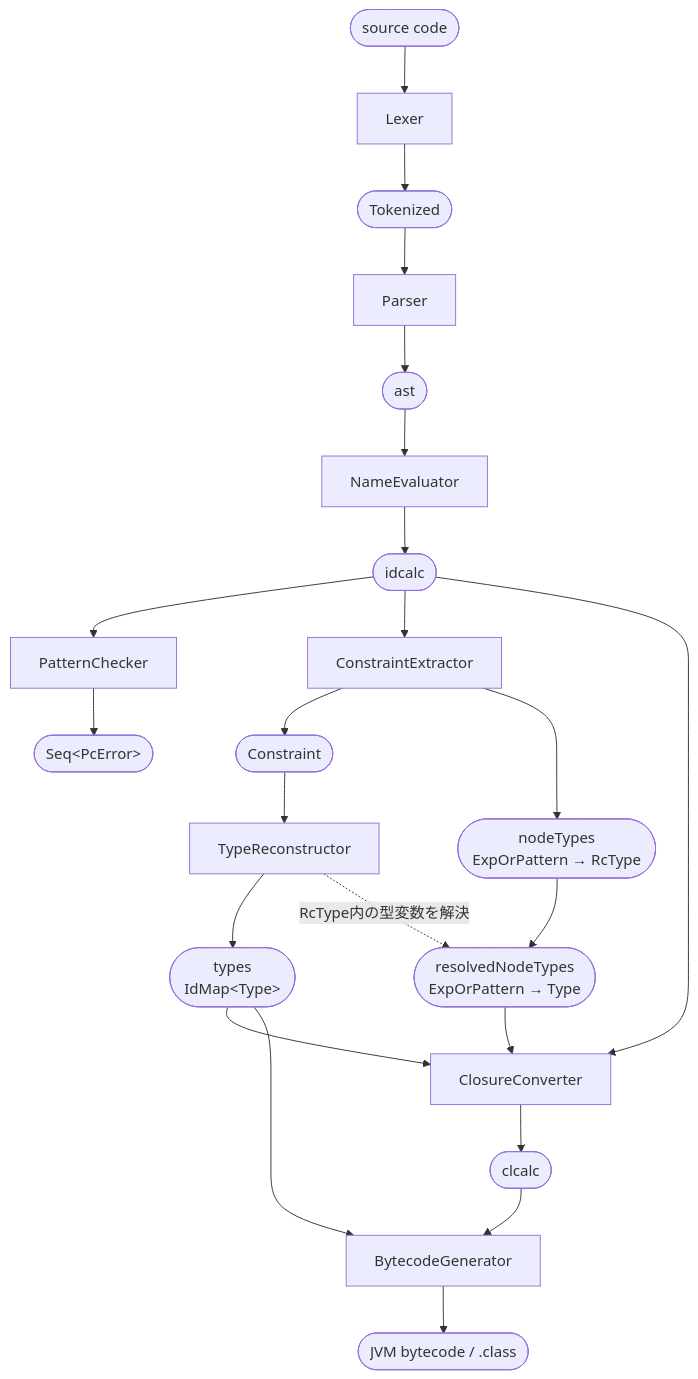
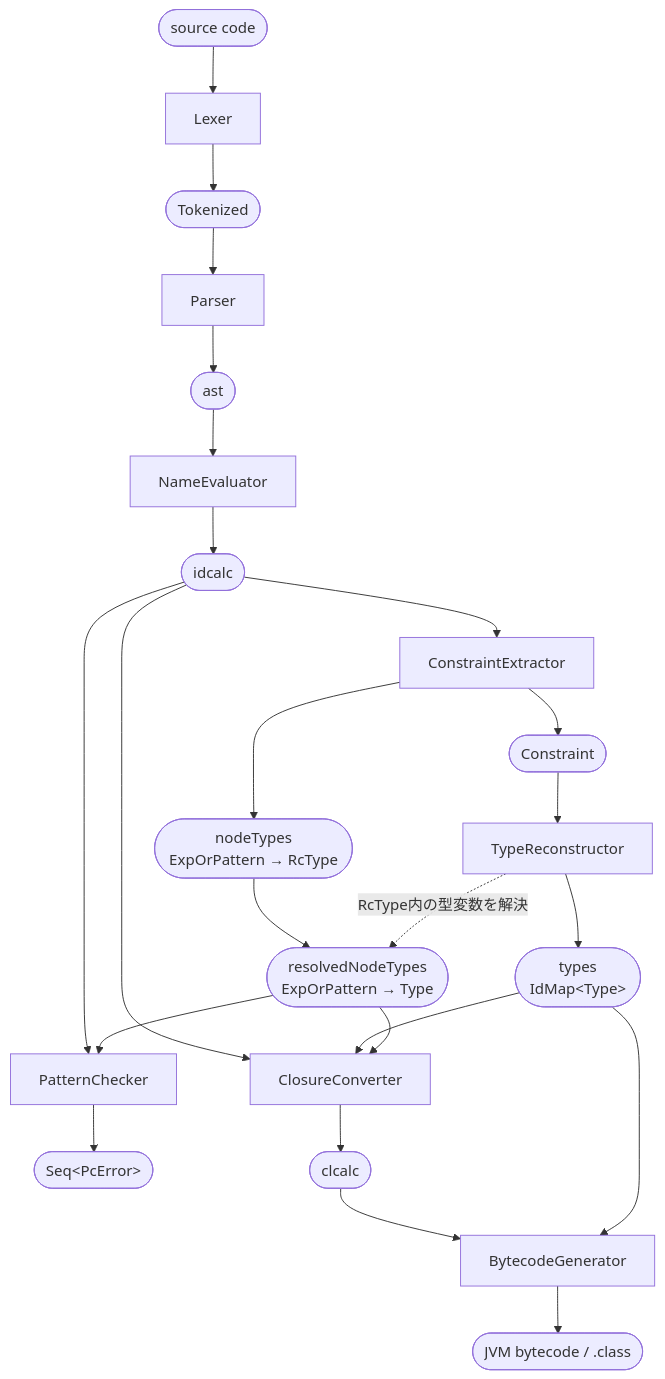
Before and after one commit to YuyaAizawa/zlk: the diagram in ARCHITECTURE.md, drawn with Mermaid. The commit also changed other lines of this file and 40 other files, not shown here.

````diff
--- a/ARCHITECTURE.md
+++ b/ARCHITECTURE.md
@@ -7,30 +7,31 @@
 ```mermaid
 flowchart TD
     Source(["source code"]) --> Lexer["Lexer"]
     Lexer --> Tokens(["Tokenized"])
     Tokens --> Parser["Parser"]
     Parser --> AST(["ast"])
     AST --> NameEval["NameEvaluator"]
     NameEval --> IC(["idcalc"])
-
-    IC --> PatternCheck["PatternChecker"]
-    PatternCheck --> PcErrors(["Seq&lt;PcError&gt;"])
 
     IC --> Extract["ConstraintExtractor"]
     Extract --> Constraint(["Constraint"])
     Extract --> RcNodeTypes(["nodeTypes<br/>ExpOrPattern → RcType"])
 
     Constraint --> Recon["TypeReconstructor"]
     Recon --> Types(["types<br/>IdMap&lt;Type&gt;"])
     RcNodeTypes --> ResolvedNodeTypes(["resolvedNodeTypes<br/>ExpOrPattern → Type"])
     Recon -. "RcType内の型変数を解決" .-> ResolvedNodeTypes
 
+    IC --> PatternCheck["PatternChecker"]
+    ResolvedNodeTypes --> PatternCheck
+    PatternCheck --> PcErrors(["Seq&lt;PcError&gt;"])
+
     IC --> Clconv["ClosureConverter"]
     Types --> Clconv
     ResolvedNodeTypes --> Clconv
     Clconv --> CC(["clcalc"])
 
     CC --> BytecodeGen["BytecodeGenerator"]
     Types --> BytecodeGen
     BytecodeGen --> Class(["JVM bytecode / .class"])
 ```
````
